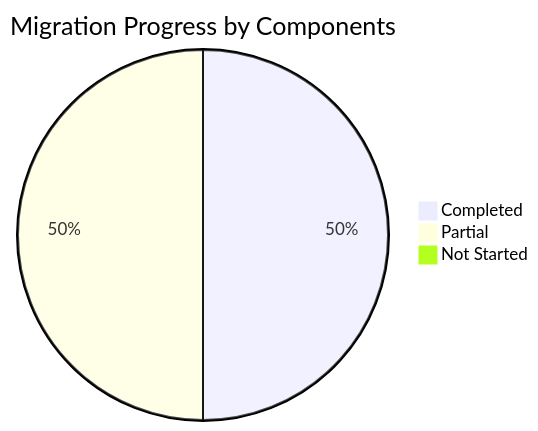
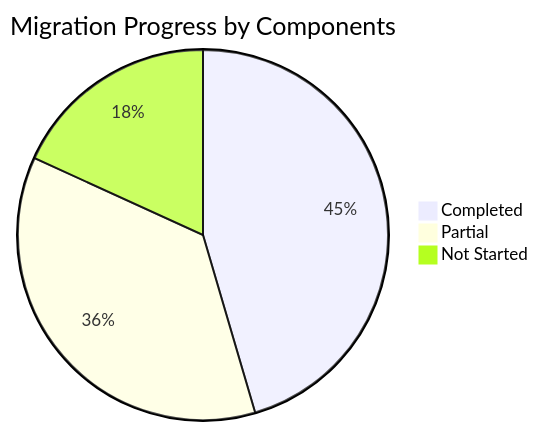
The diagram in .plan/TOC.md (marklapointe/Emby), drawn with Mermaid before and after one commit. The commit also changed other lines of this file and 1 other file, not shown here.

````diff
--- a/.plan/TOC.md
+++ b/.plan/TOC.md
@@ -47,6 +63,6 @@
 ```mermaid
 pie title Migration Progress by Components
-    "Completed" : 3
-    "Partial" : 3
-    "Not Started" : 0
+    "Completed" : 5
+    "Partial" : 4
+    "Not Started" : 2
 ```
````
